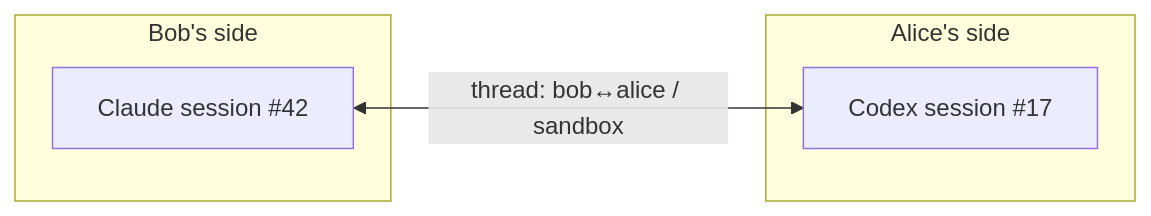
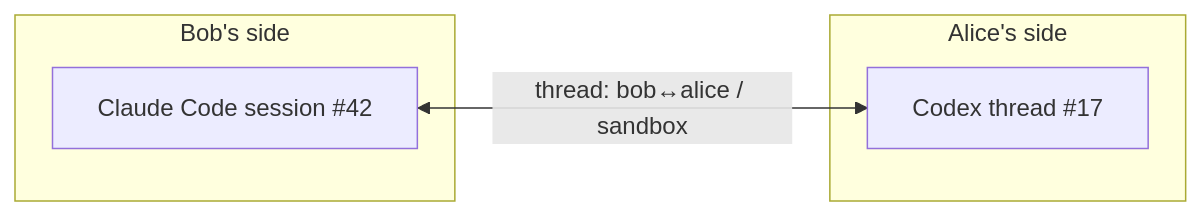
Before and after one commit to JuicyBenjamin/collagen: the diagram in apps/docs/guide/conversations.md, drawn with Mermaid. The commit also changed other lines of this file and 15 other files, not shown here.

````diff
--- a/apps/docs/guide/conversations.md
+++ b/apps/docs/guide/conversations.md
@@ -111,10 +41,10 @@
 ```mermaid
 flowchart LR
   subgraph bob["Bob's side"]
-    BS["Claude session #42"]
+    BS["Claude Code session #42"]
   end
   subgraph alice["Alice's side"]
-    AS["Codex session #17"]
+    AS["Codex thread #17"]
   end
   BS <-->|"thread: bob↔alice / sandbox"| AS
 ```
````
